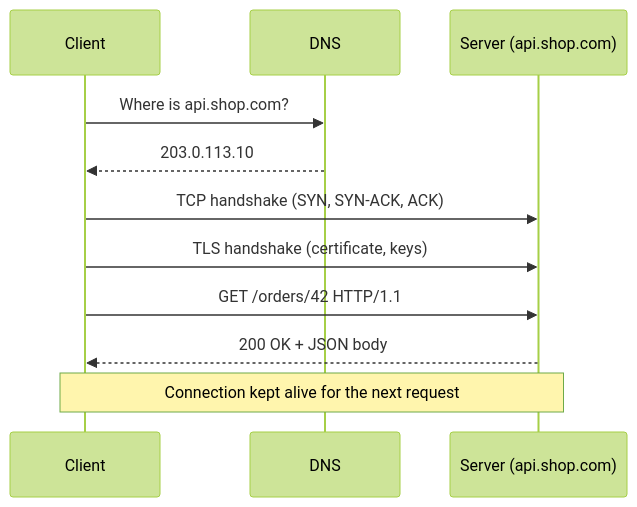
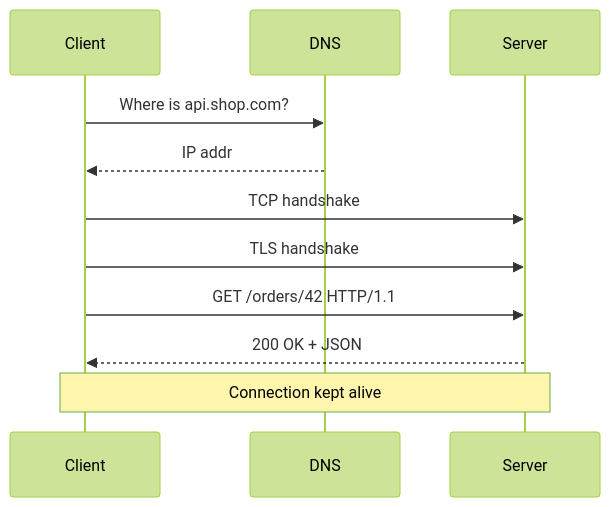
One commit to AkiebNazir/engineering-guide changed the first of 3 diagrams in API/Fundamentals/02_http_and_web_foundations.md. Above: the diagram before and after it, drawn with Mermaid (forest theme). The commit also changed other lines of this file and 170 other files, not shown here.

````diff
--- a/API/Fundamentals/02_http_and_web_foundations.md
+++ b/API/Fundamentals/02_http_and_web_foundations.md
@@ -12,14 +12,13 @@
 ```mermaid
 sequenceDiagram
     participant C as Client
     participant D as DNS
-    participant S as Server (api.shop.com)
-
+    participant S as Server
     C->>D: Where is api.shop.com?
-    D-->>C: 203.0.113.10
-    C->>S: TCP handshake (SYN, SYN-ACK, ACK)
-    C->>S: TLS handshake (certificate, keys)
+    D-->>C: IP addr
+    C->>S: TCP handshake
+    C->>S: TLS handshake
     C->>S: GET /orders/42 HTTP/1.1
-    S-->>C: 200 OK + JSON body
-    note over C,S: Connection kept alive for the next request
+    S-->>C: 200 OK + JSON
+    Note over C,S: Connection kept alive
 ```
````
